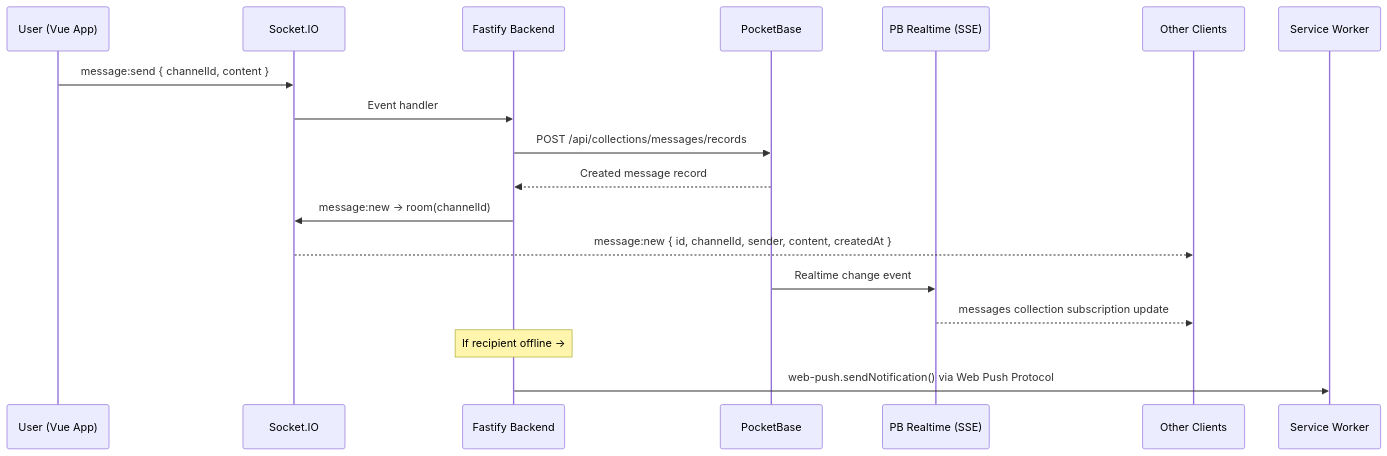
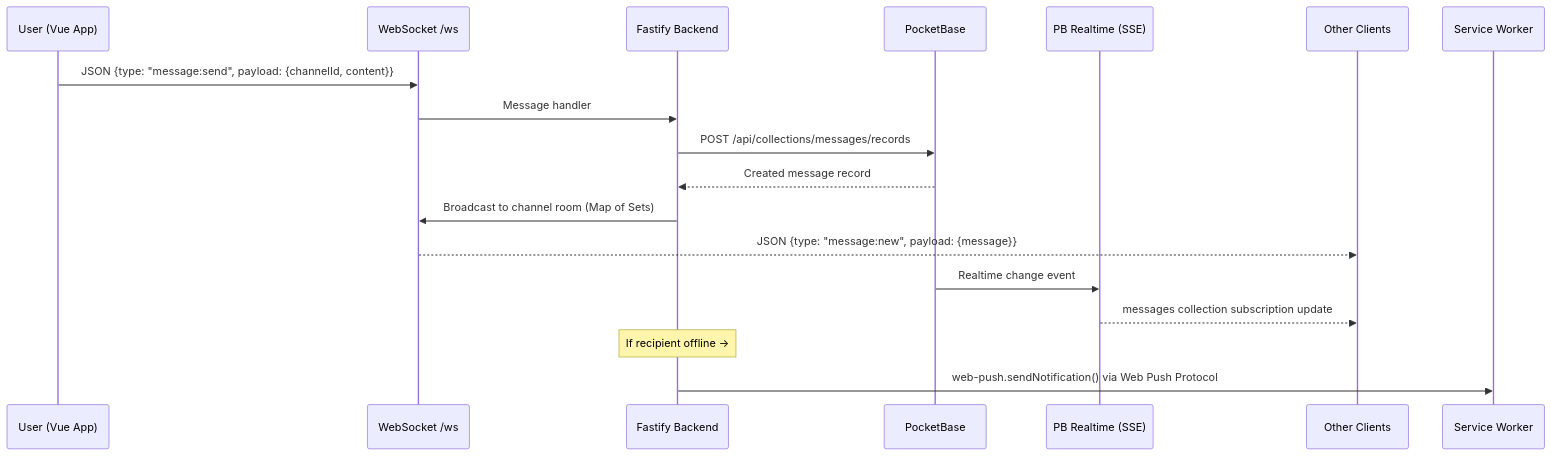
One commit to davidjonesibm/chat changed the third of 7 diagrams in docs/ARCHITECTURE.md. Above: the diagram before and after it, drawn with Mermaid. The commit also changed other lines of this file and 64 other files, not shown here.

````diff
--- a/docs/ARCHITECTURE.md
+++ b/docs/ARCHITECTURE.md
@@ -271,22 +271,22 @@
 ```mermaid
 sequenceDiagram
     participant U as User (Vue App)
-    participant SIO as Socket.IO
+    participant WS as WebSocket /ws
     participant F as Fastify Backend
     participant PB as PocketBase
     participant SSE as PB Realtime (SSE)
     participant O as Other Clients
     participant SW as Service Worker
 
-    U->>SIO: message:send { channelId, content }
-    SIO->>F: Event handler
+    U->>WS: JSON {type: "message:send", payload: {channelId, content}}
+    WS->>F: Message handler
     F->>PB: POST /api/collections/messages/records
     PB-->>F: Created message record
-    F->>SIO: message:new → room(channelId)
-    SIO-->>O: message:new { id, channelId, sender, content, createdAt }
+    F->>WS: Broadcast to channel room (Map of Sets)
+    WS-->>O: JSON {type: "message:new", payload: {message}}
     PB->>SSE: Realtime change event
     SSE-->>O: messages collection subscription update
 
     Note over F: If recipient offline →
     F->>SW: web-push.sendNotification() via Web Push Protocol
 ```
````
